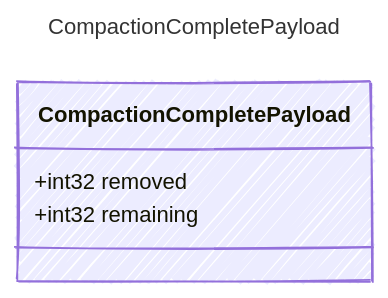
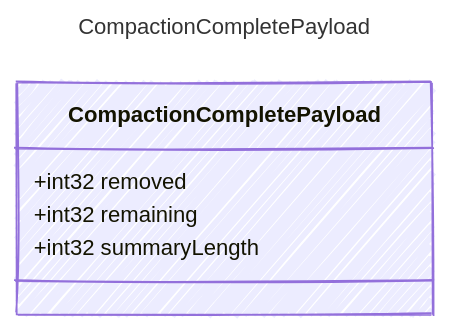
Before and after one commit to microsoft/prompty: the diagram in web/src/content/docs/reference/CompactionCompletePayload.md, drawn with Mermaid. The commit also changed other lines of this file and 1425 other files, not shown here.

````diff
--- a/web/src/content/docs/reference/CompactionCompletePayload.md
+++ b/web/src/content/docs/reference/CompactionCompletePayload.md
@@ -11,15 +12,16 @@
 ```mermaid
 ---
 title: CompactionCompletePayload
 config:
   look: handDrawn
   theme: colorful
   class:
     hideEmptyMembersBox: true
 ---
 classDiagram
     class CompactionCompletePayload {
         +int32 removed
         +int32 remaining
+        +int32 summaryLength
     }
 ```
````
